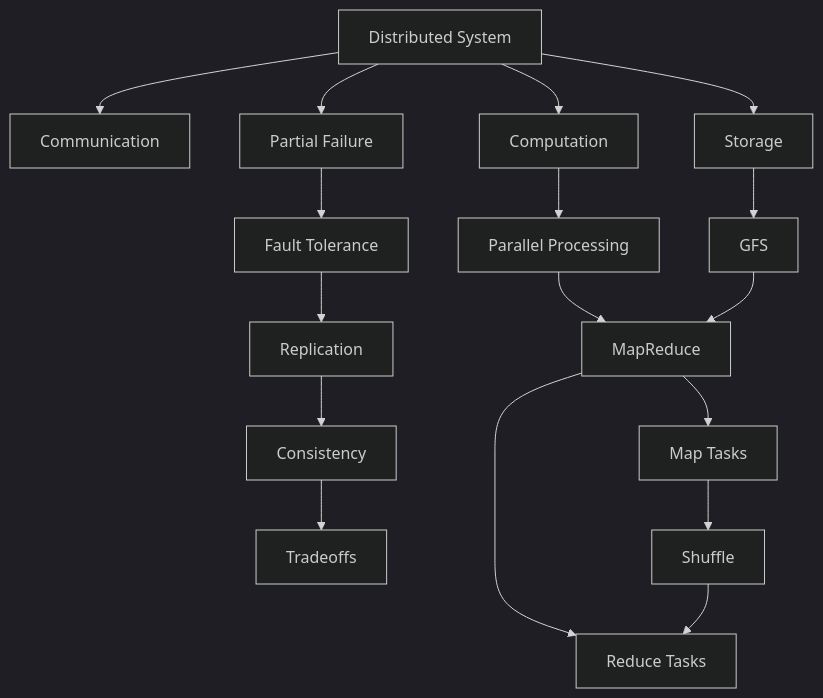
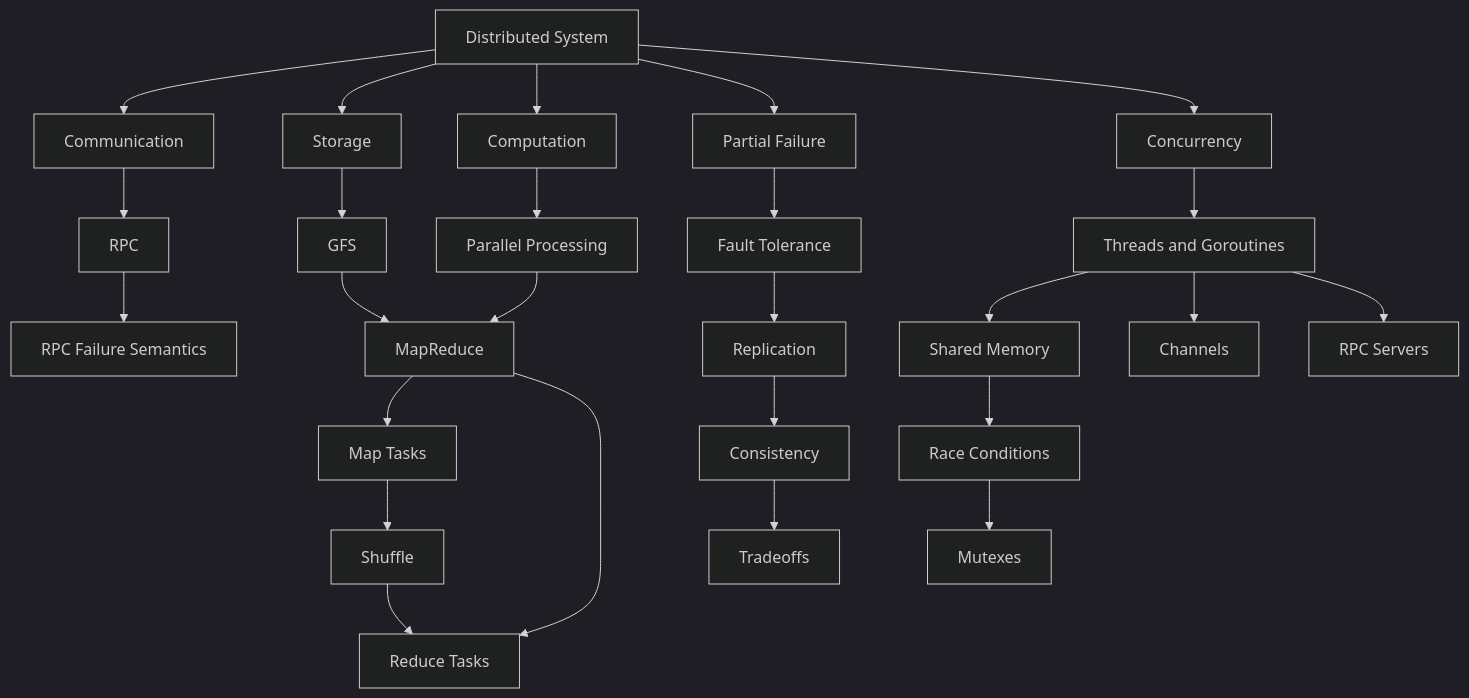
One commit to sisphus/distributed-System-spring-2025 changed the diagram in study-agent/outputs/graph/knowledge_map.md. Above: the diagram before and after it, drawn with Mermaid (dark theme). The commit also changed 102 other files, not shown here.

````diff
--- a/study-agent/outputs/graph/knowledge_map.md
+++ b/study-agent/outputs/graph/knowledge_map.md
@@ -1,19 +1,28 @@
 ```mermaid
 graph TD
     A[Distributed System] --> B[Communication]
     A --> C[Storage]
     A --> D[Computation]
     A --> E[Partial Failure]
     E --> F[Fault Tolerance]
     F --> G[Replication]
     G --> H[Consistency]
     H --> I[Tradeoffs]
     D --> J[Parallel Processing]
     J --> K[MapReduce]
     C --> L[GFS]
     L --> K
     K --> M[Map Tasks]
     K --> N[Reduce Tasks]
     M --> O[Shuffle]
     O --> N
+    A --> P[Concurrency]
+    P --> Q[Threads and Goroutines]
+    Q --> R[Shared Memory]
+    R --> S[Race Conditions]
+    S --> T[Mutexes]
+    Q --> U[Channels]
+    Q --> V[RPC Servers]
+    B --> W[RPC]
+    W --> X[RPC Failure Semantics]
 ```
````
